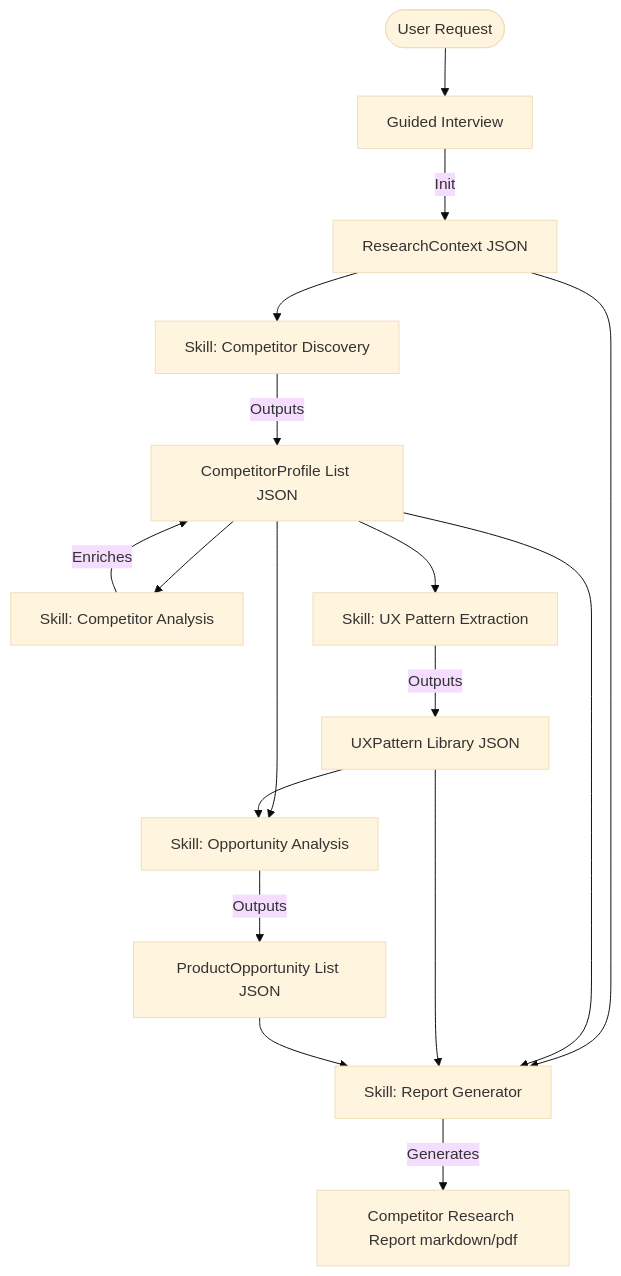
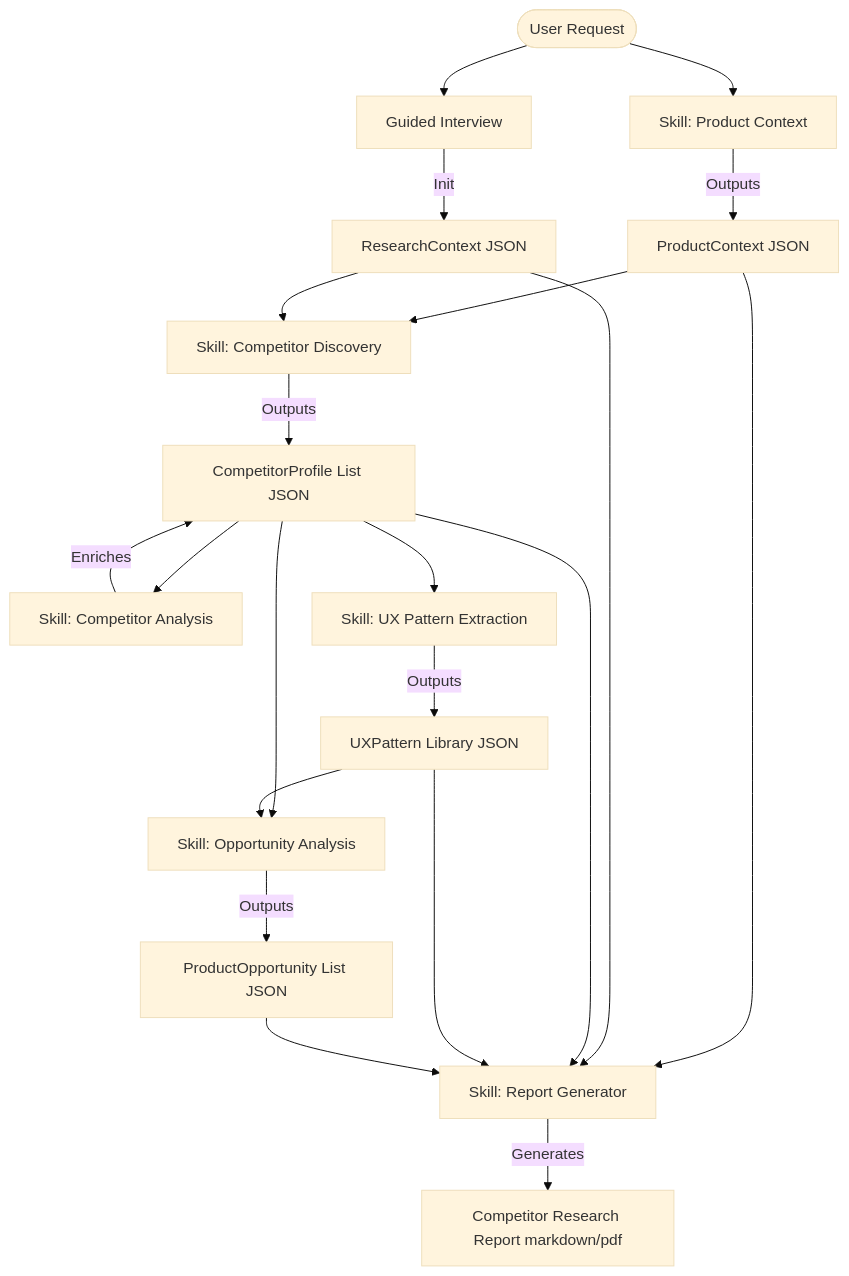
Before and after one commit to sujayadithya/Competitor-Analysis-Workflow: the diagram in docs/architecture.md, drawn with Mermaid (base theme). The commit also changed other lines of this file and 2 other files, not shown here.

Commit message:
Phase 2: Product Context Skill

````diff
--- a/docs/architecture.md
+++ b/docs/architecture.md
@@ -11,15 +11,17 @@
 ```mermaid
 graph TD
-    User([User Request]) --> Q[Guided Interview]
+    User([User Request]) --> PC[Skill: Product Context]
+    PC --> |Outputs| PCData[ProductContext JSON]
+    User --> Q[Guided Interview]
     Q --> |Init| RC[ResearchContext JSON]
-    RC --> SD[Skill: Competitor Discovery]
+    PCData & RC --> SD[Skill: Competitor Discovery]
     SD --> |Outputs| CPList[CompetitorProfile List JSON]
     CPList --> SA[Skill: Competitor Analysis]
     SA --> |Enriches| CPList
     CPList --> UX[Skill: UX Pattern Extraction]
     UX --> |Outputs| UXPL[UXPattern Library JSON]
     CPList & UXPL --> OA[Skill: Opportunity Analysis]
     OA --> |Outputs| POList[ProductOpportunity List JSON]
-    RC & CPList & UXPL & POList --> RG[Skill: Report Generator]
+    PCData & RC & CPList & UXPL & POList --> RG[Skill: Report Generator]
     RG --> |Generates| FinalReport[Competitor Research Report markdown/pdf]
 ```
````
